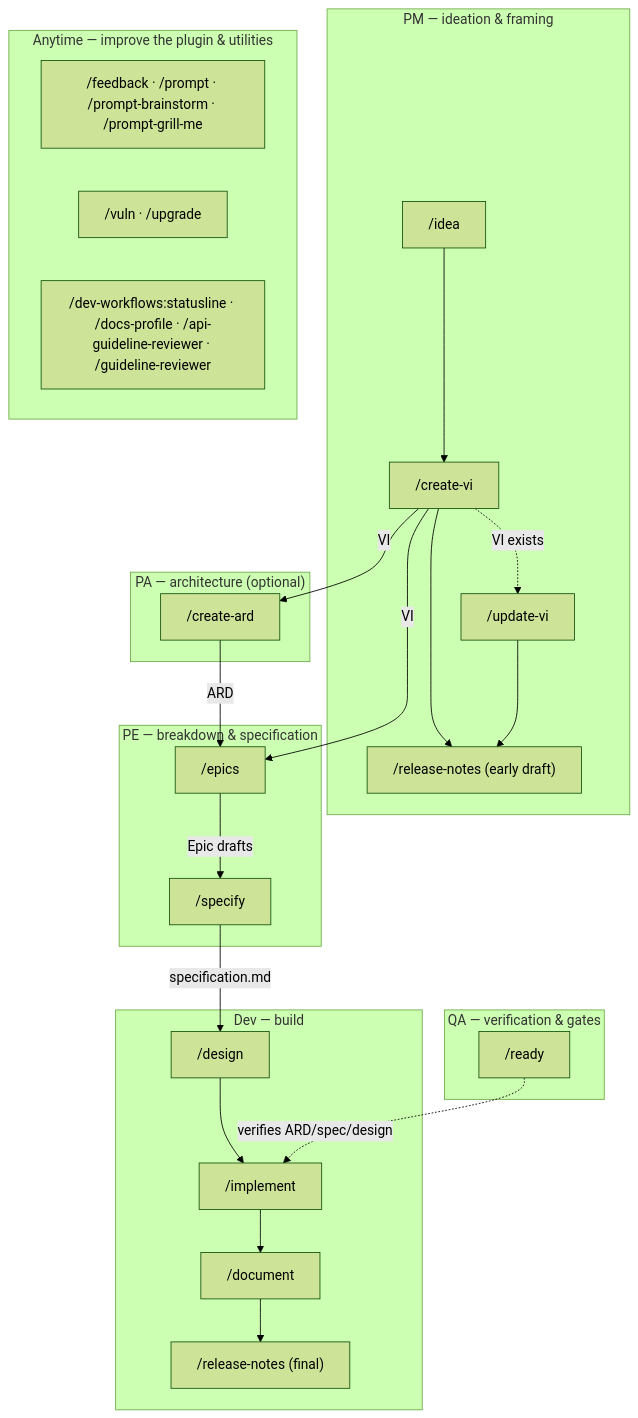
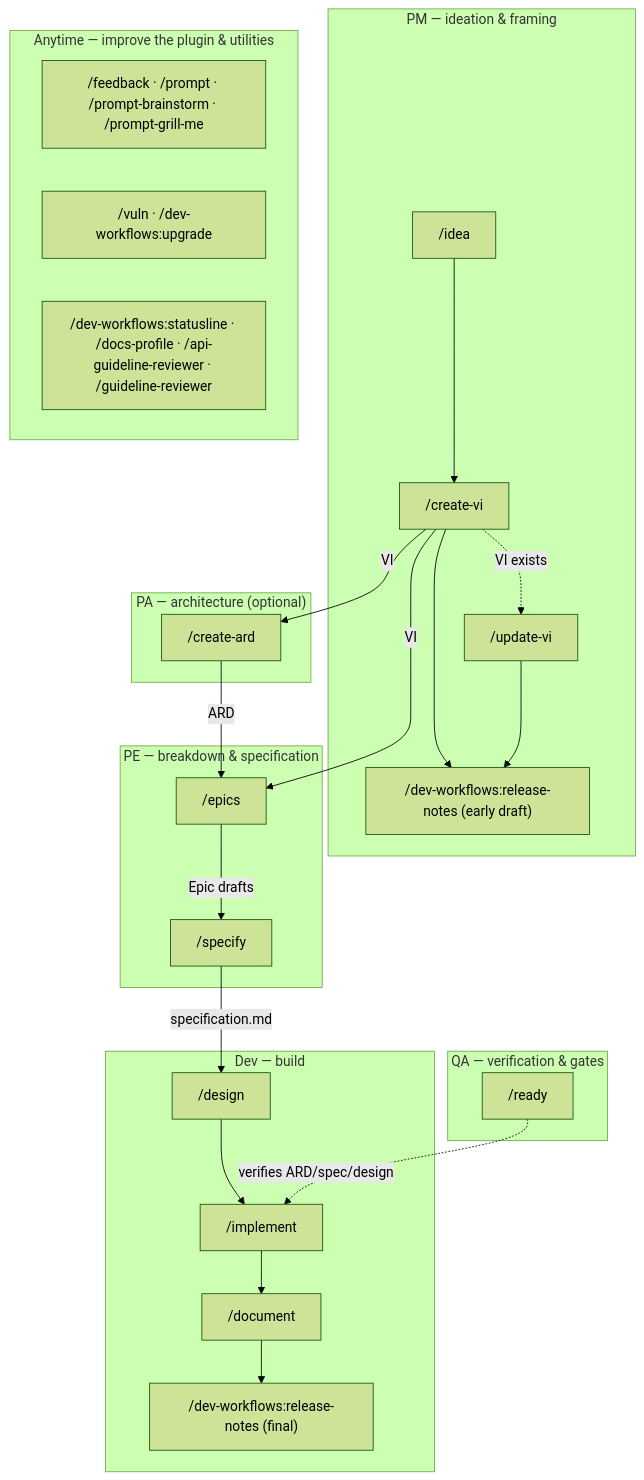
The first of 2 diagrams in plugins/dev-workflows/README.md (ihudak/ihudak-claude-plugins), drawn with Mermaid (forest theme) before and after one commit. The commit also changed other lines of this file and 3 other files, not shown here.

First line of the commit message:
release(dev-workflows): 2.46.1 — the diagram now explains its own naming

````diff
--- a/plugins/dev-workflows/README.md
+++ b/plugins/dev-workflows/README.md
@@ -51,36 +51,36 @@
 ```mermaid
 flowchart TD
     subgraph PM["PM — ideation & framing"]
         idea["/idea"] --> createvi["/create-vi"]
-        createvi --> rnpm["/release-notes (early draft)"]
+        createvi --> rnpm["/dev-workflows:release-notes (early draft)"]
         createvi -.->|VI exists| updatevi["/update-vi"]
         updatevi --> rnpm
     end
     subgraph PA["PA — architecture (optional)"]
         createard["/create-ard"]
     end
     subgraph PE["PE — breakdown & specification"]
         epics["/epics"]
         specify["/specify"]
     end
     subgraph DEV["Dev — build"]
         design["/design"] --> implement["/implement"]
         implement --> document["/document"]
-        document --> rndev["/release-notes (final)"]
+        document --> rndev["/dev-workflows:release-notes (final)"]
     end
     subgraph QA["QA — verification & gates"]
         ready["/ready"]
     end
     subgraph ANY["Anytime — improve the plugin & utilities"]
         improve["/feedback · /prompt · /prompt-brainstorm · /prompt-grill-me"]
-        maint["/vuln · /upgrade"]
+        maint["/vuln · /dev-workflows:upgrade"]
         tooling["/dev-workflows:statusline · /docs-profile · /api-guideline-reviewer · /guideline-reviewer"]
     end
 
     createvi -->|VI| createard
     createvi -->|VI| epics
     createard -->|ARD| epics
     epics -->|Epic drafts| specify
     specify -->|specification.md| design
     ready -. verifies ARD/spec/design .-> implement
 ```
````
